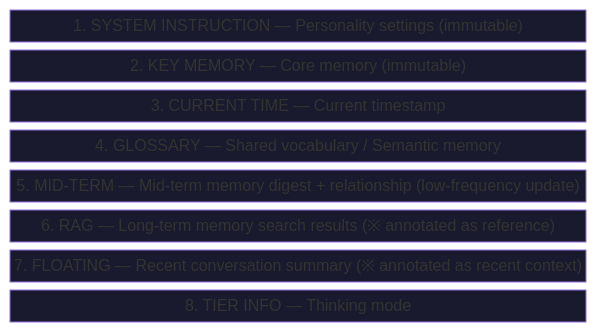
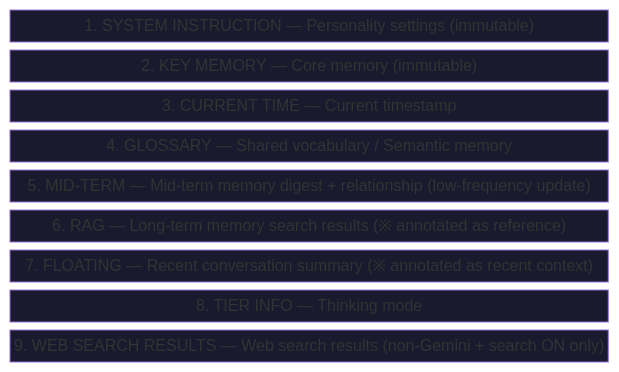
One commit to unagisann/Butly changed the second of 7 diagrams in docs/DIAGRAMS.md. Above: the diagram before and after it, drawn with Mermaid. The commit also changed other lines of this file and 24 other files, not shown here.

````diff
--- a/docs/DIAGRAMS.md
+++ b/docs/DIAGRAMS.md
@@ -39,21 +41,23 @@
 ```mermaid
 block-beta
     columns 1
     A["1. SYSTEM INSTRUCTION — Personality settings (immutable)"]
     B["2. KEY MEMORY — Core memory (immutable)"]
     C["3. CURRENT TIME — Current timestamp"]
     D["4. GLOSSARY — Shared vocabulary / Semantic memory"]
     E["5. MID-TERM — Mid-term memory digest + relationship (low-frequency update)"]
     F["6. RAG — Long-term memory search results (※ annotated as reference)"]
     G["7. FLOATING — Recent conversation summary (※ annotated as recent context)"]
     H["8. TIER INFO — Thinking mode"]
+    I["9. WEB SEARCH RESULTS — Web search results (non-Gemini + search ON only)"]
 
     style A fill:#1a1a2e,color:#ec4899
     style B fill:#1a1a2e,color:#f59e0b
     style C fill:#1a1a2e,color:#8899aa
     style D fill:#1a1a2e,color:#a78bfa
     style E fill:#1a1a2e,color:#10b981
     style F fill:#1a1a2e,color:#ef4444
     style G fill:#1a1a2e,color:#3b82f6
     style H fill:#1a1a2e,color:#556677
+    style I fill:#1a1a2e,color:#f97316
 ```
````
